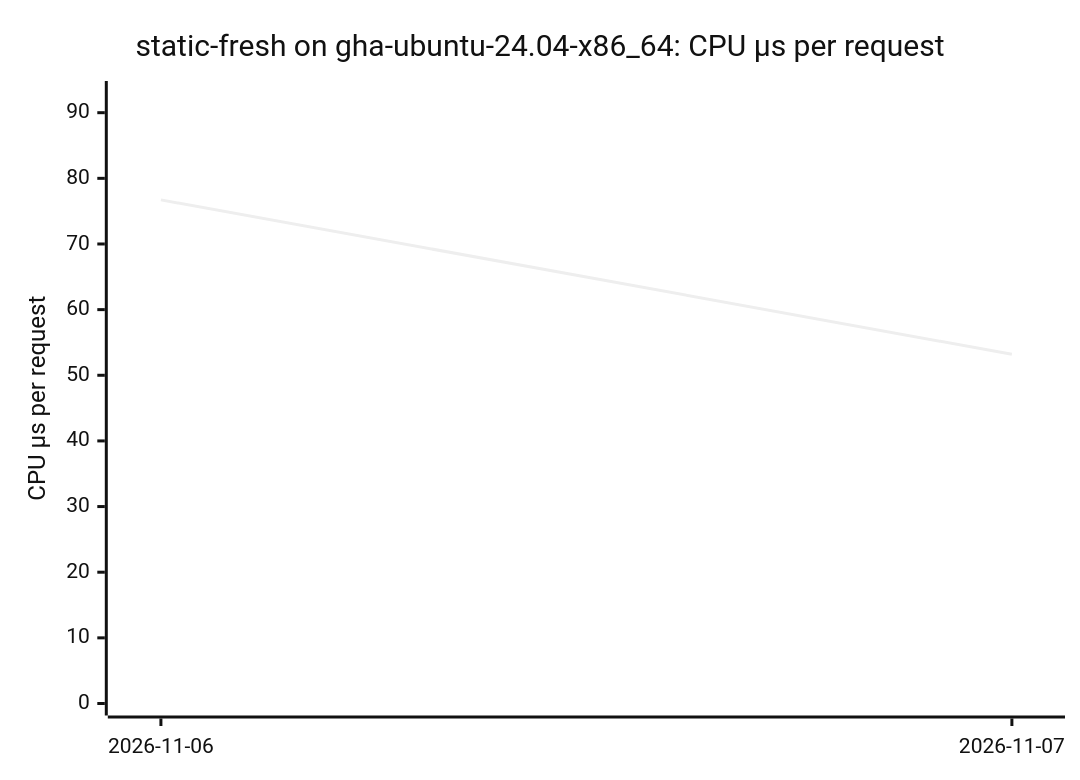
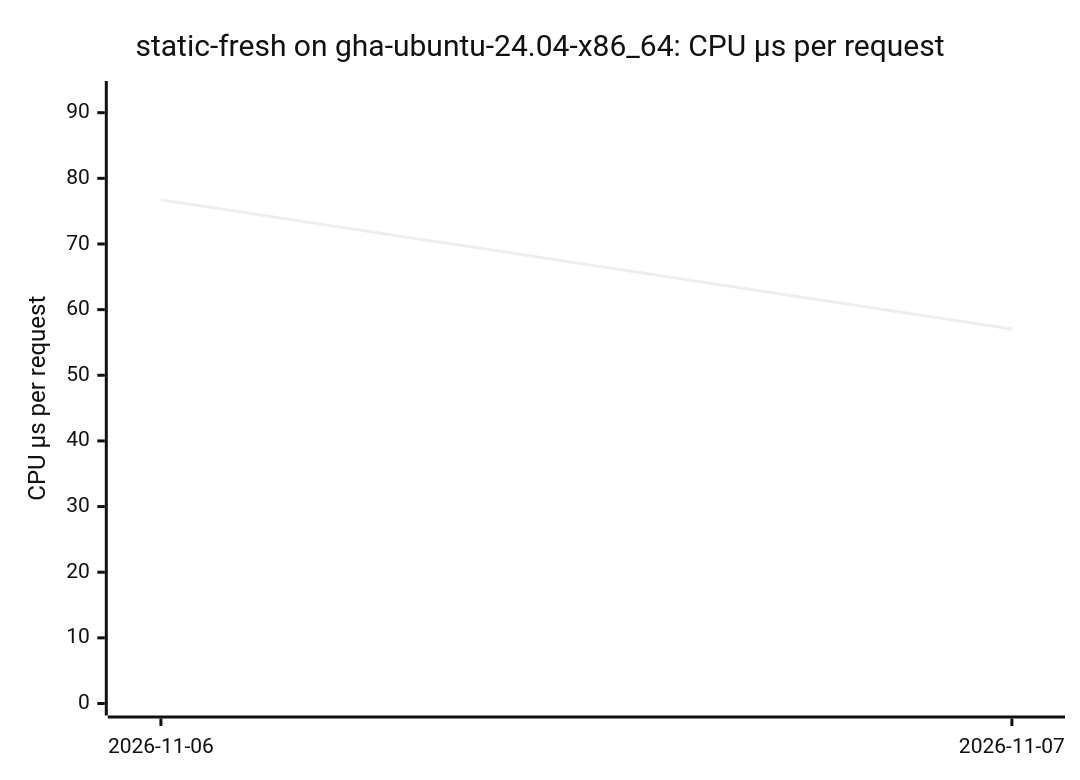
The third of 16 diagrams in BENCHMARKS.md (ThePixelPilgrim/durchlauferhitzer), drawn with Mermaid (neutral theme) before and after one commit. The commit also changed other lines of this file and 1 other file, not shown here.

````diff
--- a/BENCHMARKS.md
+++ b/BENCHMARKS.md
@@ -44,7 +45,7 @@
 ```mermaid
 xychart-beta
   title "static-fresh on gha-ubuntu-24.04-x86_64: CPU µs per request"
   x-axis ["2026-11-06", "2026-11-07"]
   y-axis "CPU µs per request" 0 --> 93
-  line [76.72, 53.20]
+  line [76.72, 57.05]
 ```
````
